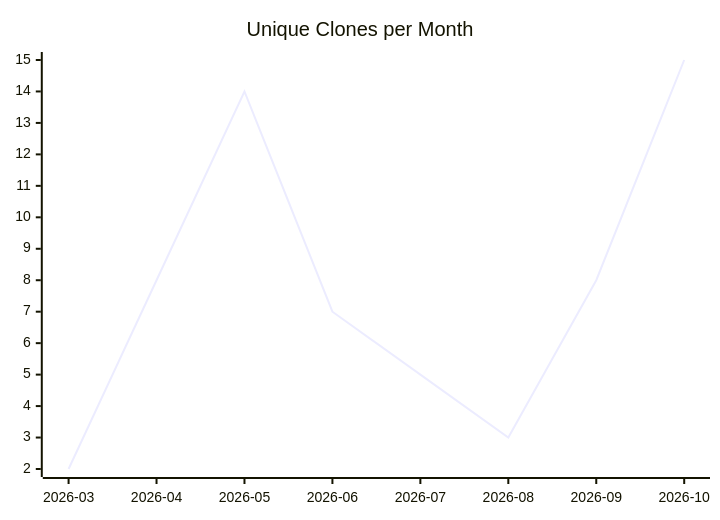
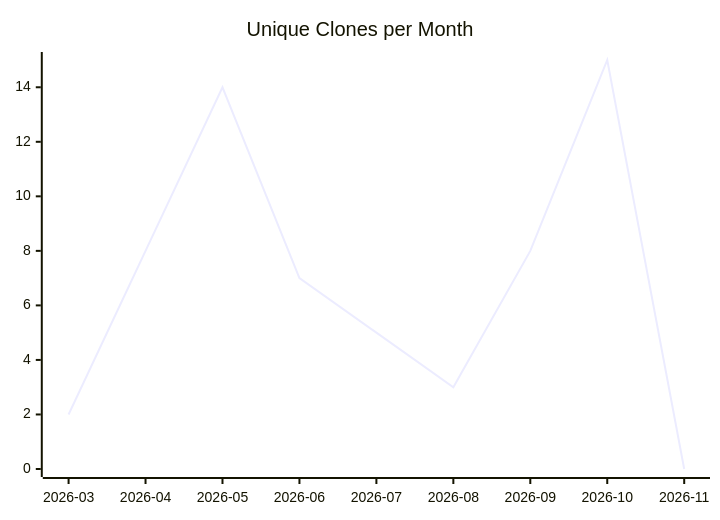
Before and after one commit to justdavis-family/github-analytics-data: the third of 3 diagrams in karlmdavis/hello-rust-actix/README.md, drawn with Mermaid. The commit also changed other lines of this file and 201 other files, not shown here.

````diff
--- a/karlmdavis/hello-rust-actix/README.md
+++ b/karlmdavis/hello-rust-actix/README.md
@@ -19,6 +19,6 @@
 ```mermaid
 xychart-beta
   title "Unique Clones per Month"
-  x-axis ["2026-03", "2026-04", "2026-05", "2026-06", "2026-07", "2026-08", "2026-09", "2026-10"]
-  line [2, 8, 14, 7, 5, 3, 8, 15]
+  x-axis ["2026-03", "2026-04", "2026-05", "2026-06", "2026-07", "2026-08", "2026-09", "2026-10", "2026-11"]
+  line [2, 8, 14, 7, 5, 3, 8, 15, 0]
 ```
````
